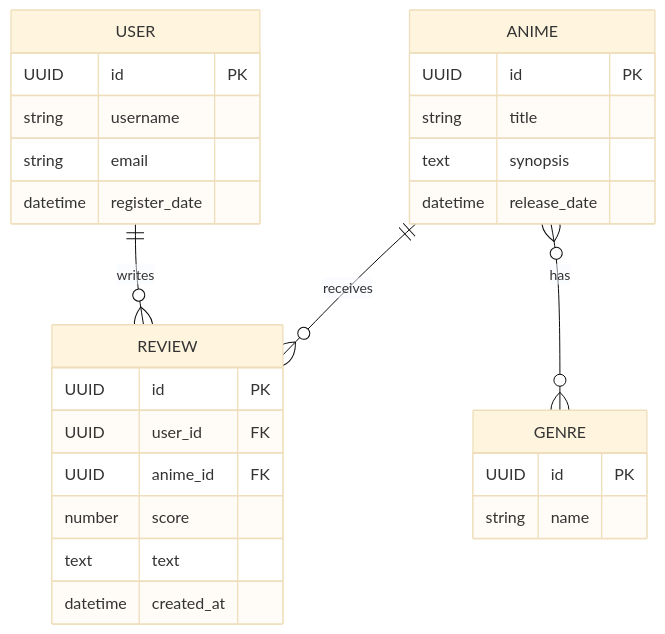
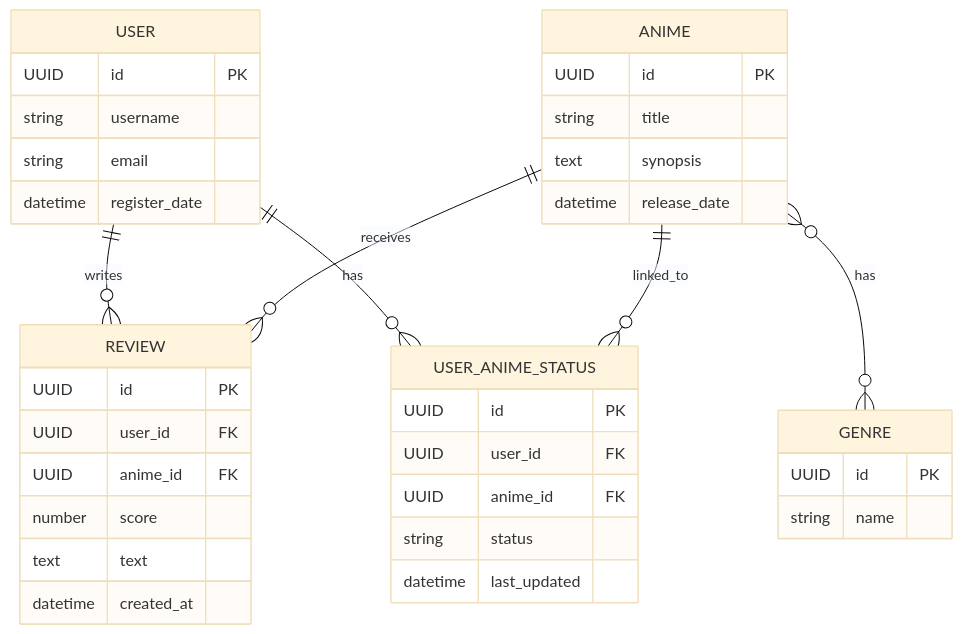
One commit to SpikyCactus7/anime-tracking-system changed the diagram in model.md. Above: the diagram before and after it, drawn with Mermaid (base theme). The commit also changed 2 other files, not shown here.

Commit message:
Added UserAnimeStatus entity to follow description in README

````diff
--- a/model.md
+++ b/model.md
@@ -1,34 +1,44 @@
 ```mermaid
 erDiagram
     USER {
         UUID id PK
         string username
         string email
         datetime register_date
     }
 
     ANIME {
         UUID id PK
         string title
         text synopsis
         datetime release_date
     }
 
     REVIEW {
         UUID id PK
         UUID user_id FK
         UUID anime_id FK
         number score
         text text
         datetime created_at
     }
 
     GENRE {
         UUID id PK
         string name
     }
 
+    USER_ANIME_STATUS {
+        UUID id PK
+        UUID user_id FK
+        UUID anime_id FK
+        string status
+        datetime last_updated
+    }
+
     USER ||--o{ REVIEW : writes
     ANIME ||--o{ REVIEW : receives
     ANIME }o--o{ GENRE : has
+    USER ||--o{ USER_ANIME_STATUS : has
+    ANIME ||--o{ USER_ANIME_STATUS : linked_to
 ```
````
